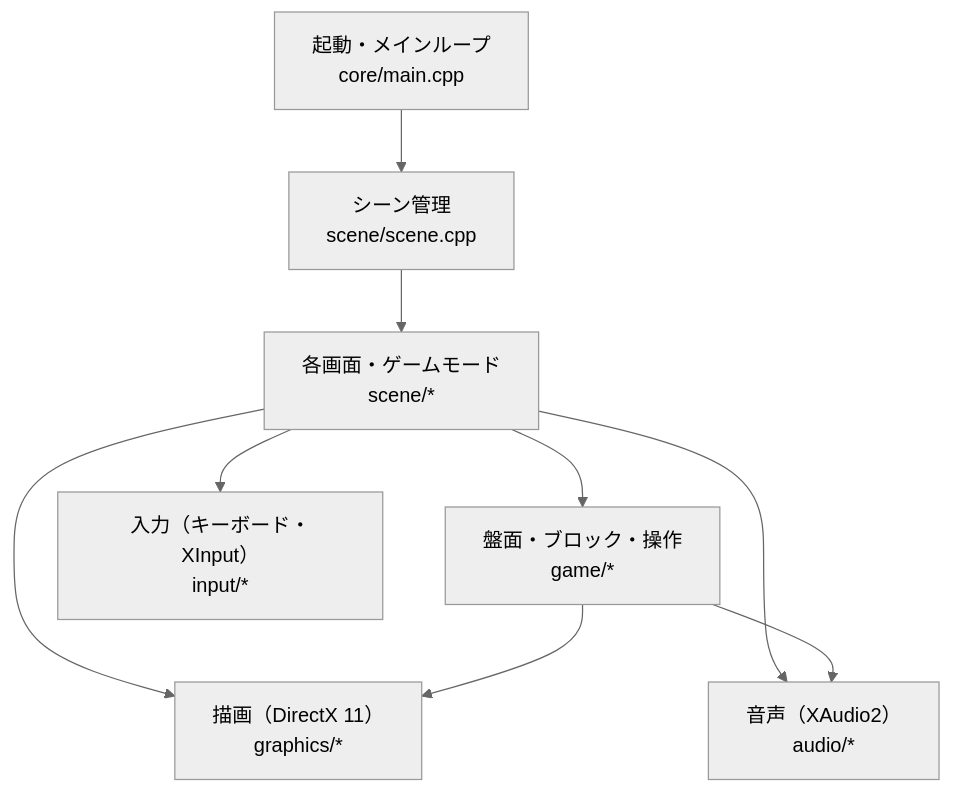
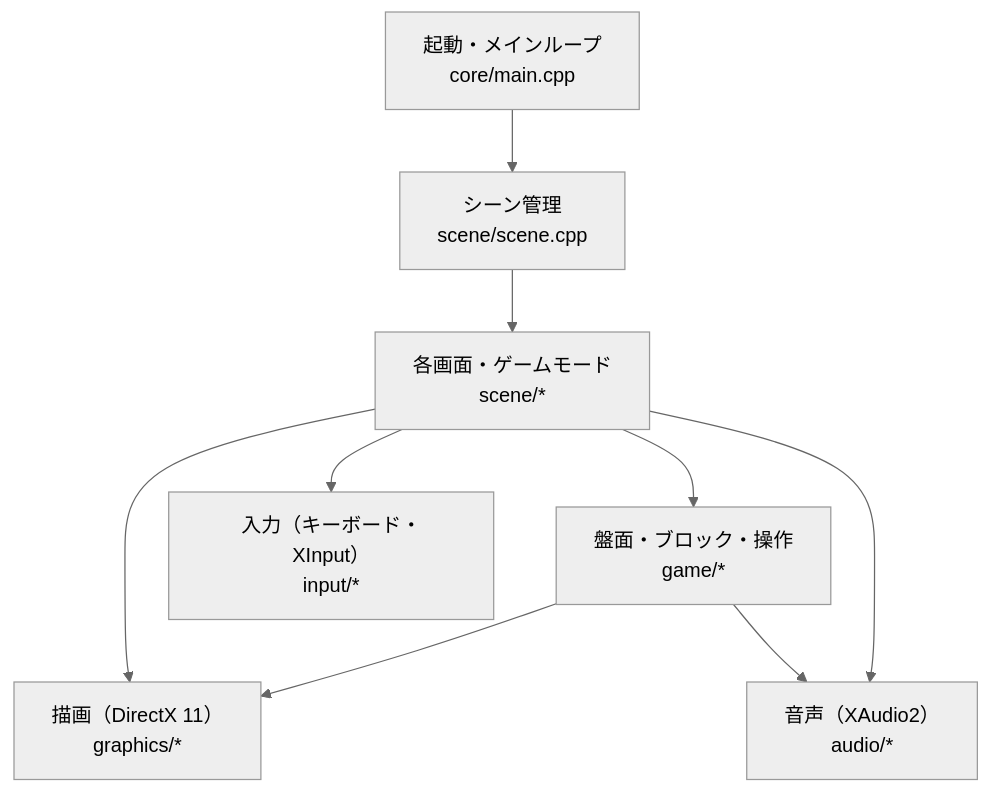
One commit to Nerunell11/Nerunell11.github.io changed the first of 3 diagrams in src/content/works/gem-puzzle.md. Above: the diagram before and after it, drawn with Mermaid (neutral theme). The commit also changed other lines of this file and 3 other files, not shown here.

First line of the commit message:
ほかの作品の図も矢印の交差をなくす

````diff
--- a/src/content/works/gem-puzzle.md
+++ b/src/content/works/gem-puzzle.md
@@ -23,18 +23,18 @@
 ```mermaid
 flowchart TD
     Main["起動・メインループ<br/>core/main.cpp"]
     Manager["シーン管理<br/>scene/scene.cpp"]
     Scenes["各画面・ゲームモード<br/>scene/*"]
+    Input["入力（キーボード・XInput）<br/>input/*"]
     Game["盤面・ブロック・操作<br/>game/*"]
     Graphics["描画（DirectX 11）<br/>graphics/*"]
-    Input["入力（キーボード・XInput）<br/>input/*"]
     Audio["音声（XAudio2）<br/>audio/*"]
     Main --> Manager
     Manager --> Scenes
+    Scenes --> Graphics
+    Scenes --> Input
     Scenes --> Game
-    Scenes --> Input
-    Scenes --> Graphics
     Scenes --> Audio
     Game --> Graphics
     Game --> Audio
 ```
````
